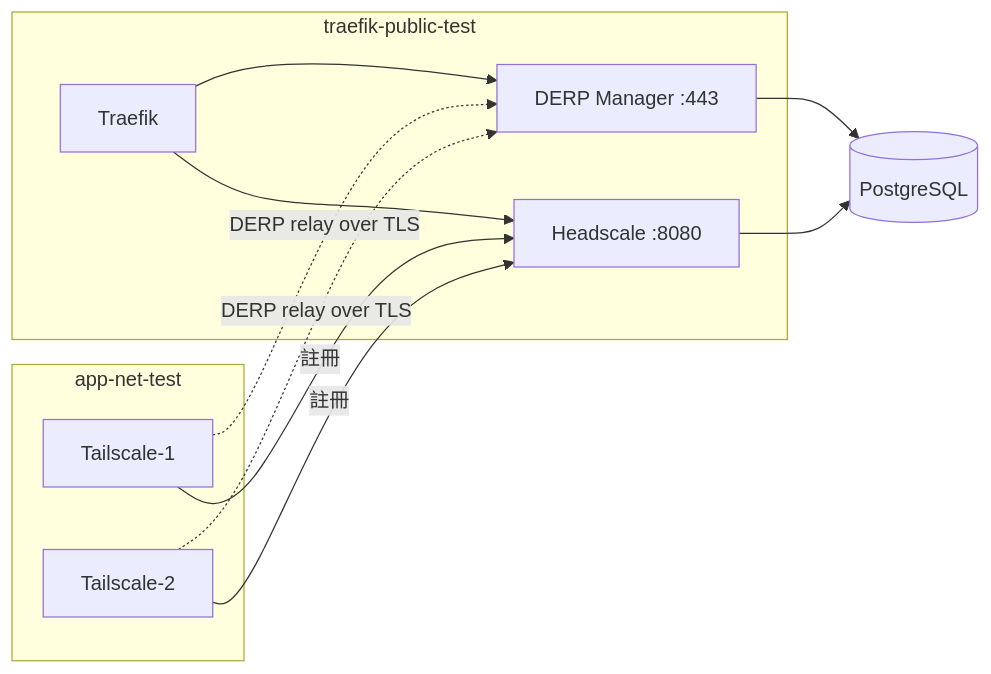
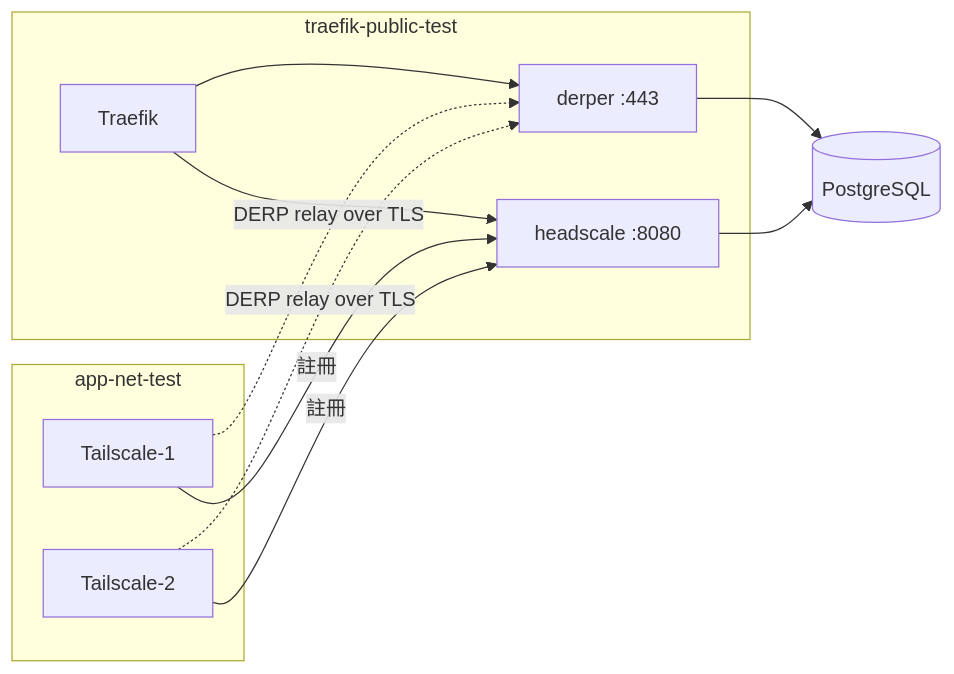
The diagram in src/content/post/derp-tls-443-integration-test.md (G36maid/g36maid-blog), drawn with Mermaid before and after one commit. The commit also changed other lines of this file, not shown here.

Commit message:
de-identify: generic derper-based testbed, remove employer/hostname references

````diff
--- a/src/content/post/derp-tls-443-integration-test.md
+++ b/src/content/post/derp-tls-443-integration-test.md
@@ -21,13 +21,13 @@
 ```mermaid
 flowchart LR
     subgraph traefik-public-test
-        Traefik[Traefik] --> DERP[DERP Manager :443]
-        Traefik --> HS[Headscale :8080]
+        Traefik[Traefik] --> DERP[derper :443]
+        Traefik --> HS[headscale :8080]
     end
     subgraph app-net-test
         TS1[Tailscale-1] & TS2[Tailscale-2]
     end
     TS1 & TS2 -.->|DERP relay over TLS| DERP
     TS1 & TS2 -->|註冊| HS
     DERP & HS --> PG[(PostgreSQL)]
 ```
````
